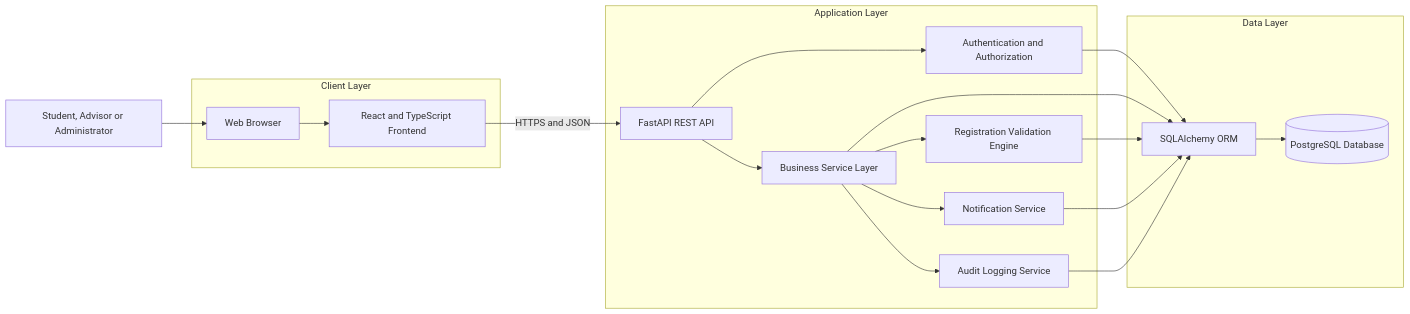
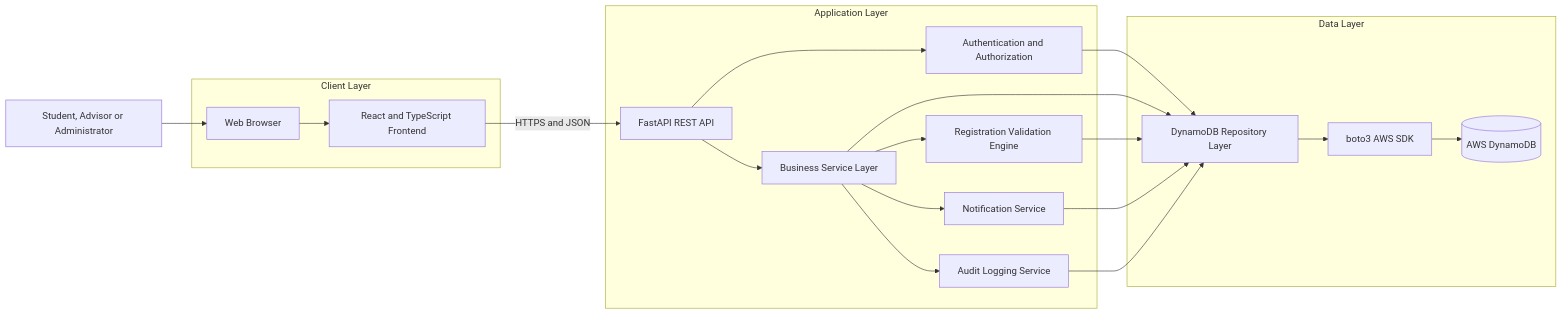
One commit to SS-Munna/CourseReg-wa changed the first of 7 diagrams in docs/19-system-design.md. Above: the diagram before and after it, drawn with Mermaid. The commit also changed other lines of this file and 9 other files, not shown here.

Commit message:
docs: update database design for DynamoDB

````diff
--- a/docs/19-system-design.md
+++ b/docs/19-system-design.md
@@ -51,41 +53,43 @@
 ```mermaid
 flowchart LR
     User[Student, Advisor or Administrator]
 
     subgraph Client["Client Layer"]
         Browser[Web Browser]
         React[React and TypeScript Frontend]
     end
 
     subgraph Server["Application Layer"]
         API[FastAPI REST API]
         Auth[Authentication and Authorization]
         Services[Business Service Layer]
         Validation[Registration Validation Engine]
         Notification[Notification Service]
         Audit[Audit Logging Service]
     end
 
     subgraph Data["Data Layer"]
-        ORM[SQLAlchemy ORM]
-        DB[(PostgreSQL Database)]
+        Repo[DynamoDB Repository Layer]
+        SDK[boto3 AWS SDK]
+        DB[(AWS DynamoDB)]
     end
 
     User --> Browser
     Browser --> React
     React -->|HTTPS and JSON| API
 
     API --> Auth
     API --> Services
     Services --> Validation
     Services --> Notification
     Services --> Audit
 
-    Auth --> ORM
-    Services --> ORM
-    Validation --> ORM
-    Notification --> ORM
-    Audit --> ORM
+    Auth --> Repo
+    Services --> Repo
+    Validation --> Repo
+    Notification --> Repo
+    Audit --> Repo
 
-    ORM --> DB
+    Repo --> SDK
+    SDK --> DB
 ```
````
